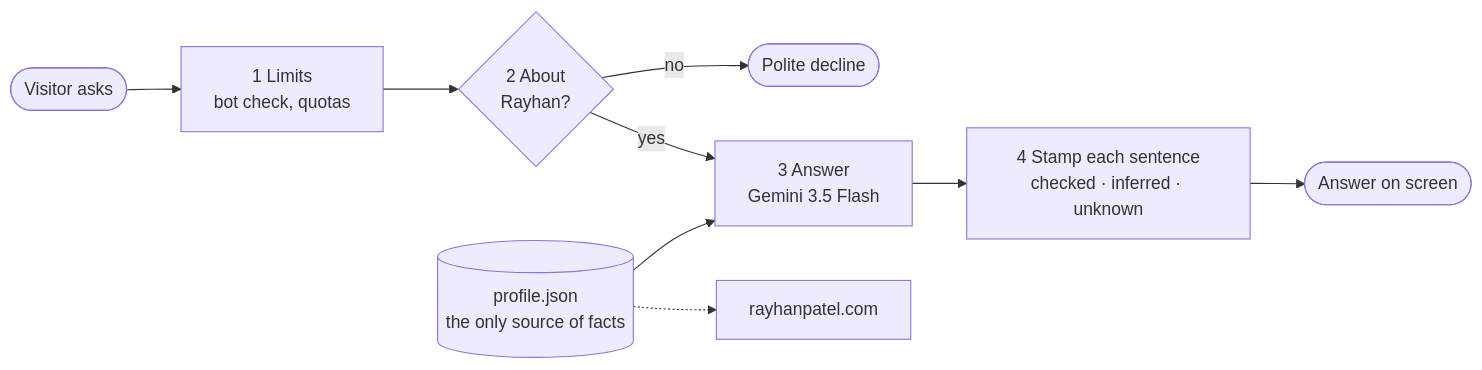
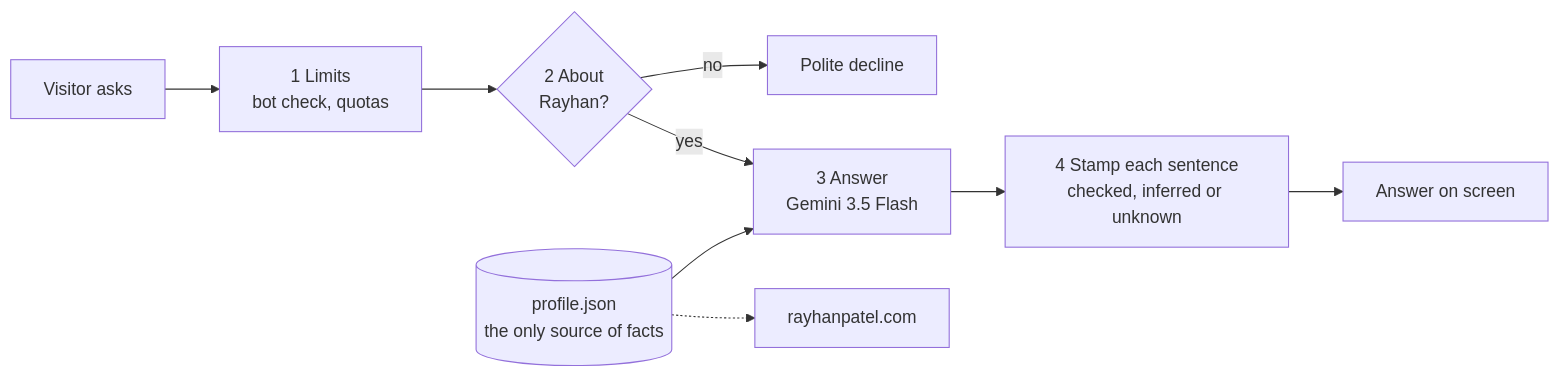
The diagram in README.md (Rayhanpatel/AI-Resume-Agent), drawn with Mermaid before and after one commit.

Commit message:
README diagram: only the shapes and quoted labels GitHub's Mermaid renders
GitHub showed 'Unable to render rich display' for the stadium shapes, unquoted edge
labels and middle dots; the same syntax as the ARCHITECTURE diagrams, which render.

````diff
--- a/README.md
+++ b/README.md
@@ -17,13 +17,13 @@
 ```mermaid
 flowchart LR
     accTitle: How a question is answered
     accDescr: A question goes from the chat page through limits and an off-topic check to the answer model, which reads only profile.json, and every sentence of the answer is stamped before the visitor sees it. The same profile.json renders rayhanpatel.com.
-    V(["Visitor asks"]) --> L["1 Limits<br/>bot check, quotas"]
+    V["Visitor asks"] --> L["1 Limits<br/>bot check, quotas"]
     L --> G{"2 About<br/>Rayhan?"}
-    G -->|no| N(["Polite decline"])
-    G -->|yes| A["3 Answer<br/>Gemini 3.5 Flash"]
+    G -->|"no"| N["Polite decline"]
+    G -->|"yes"| A["3 Answer<br/>Gemini 3.5 Flash"]
     P[("profile.json<br/>the only source of facts")] --> A
-    A --> S["4 Stamp each sentence<br/>checked · inferred · unknown"]
-    S --> R(["Answer on screen"])
+    A --> S["4 Stamp each sentence<br/>checked, inferred or unknown"]
+    S --> R["Answer on screen"]
     P -.-> W["rayhanpatel.com"]
 ```
````
